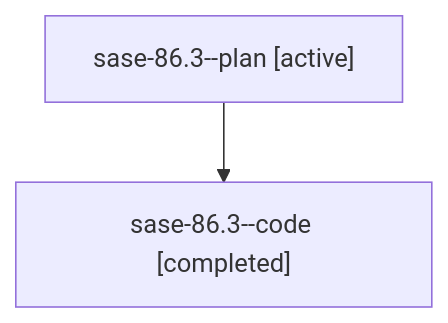
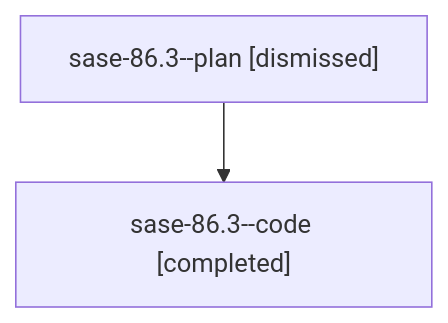
Before and after one commit to sase-org/sase--agents: the diagram in sessions/bbugyi200.athena.sase-86.3.md, drawn with Mermaid. The commit also changed other lines of this file and 88 other files, not shown here.

````diff
--- a/sessions/bbugyi200.athena.sase-86.3.md
+++ b/sessions/bbugyi200.athena.sase-86.3.md
@@ -9,6 +9,6 @@
 ```mermaid
 flowchart TD
-  n0["sase-86.3--plan [active]"]
+  n0["sase-86.3--plan [dismissed]"]
   n1["sase-86.3--code [completed]"]
   n0 --> n1
 ```
````
